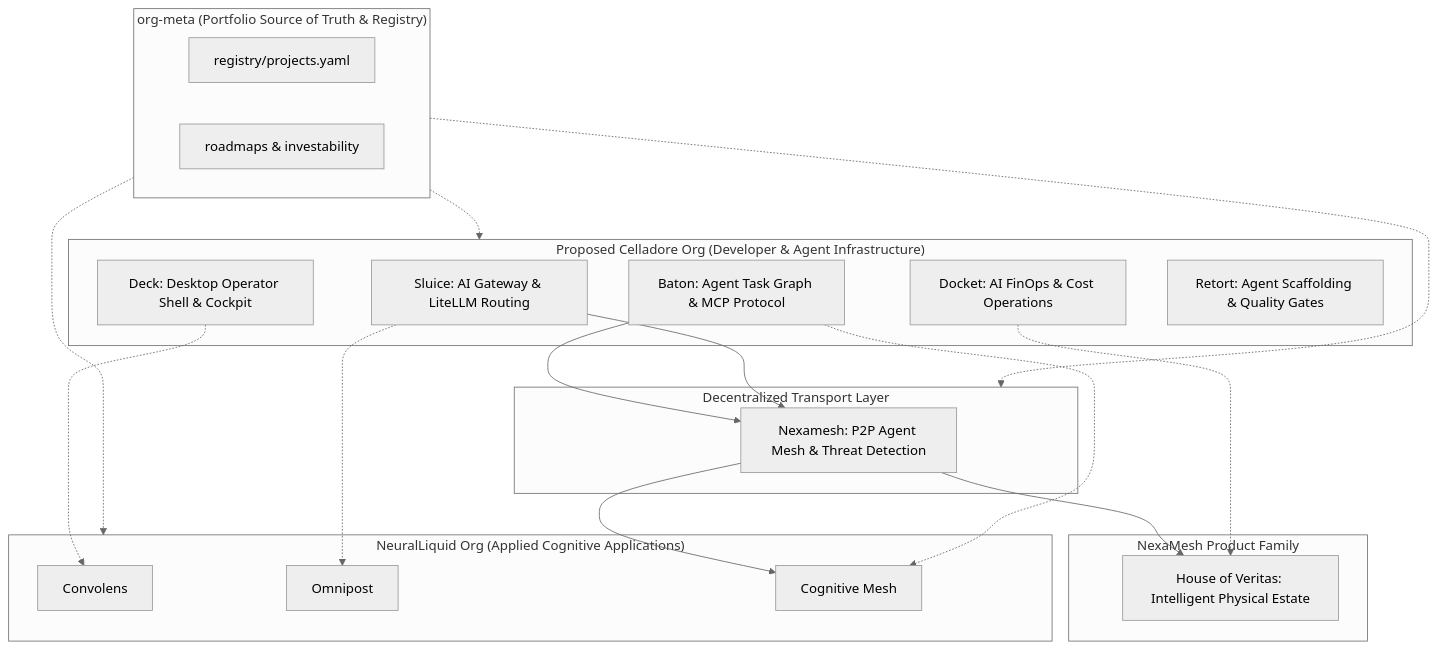
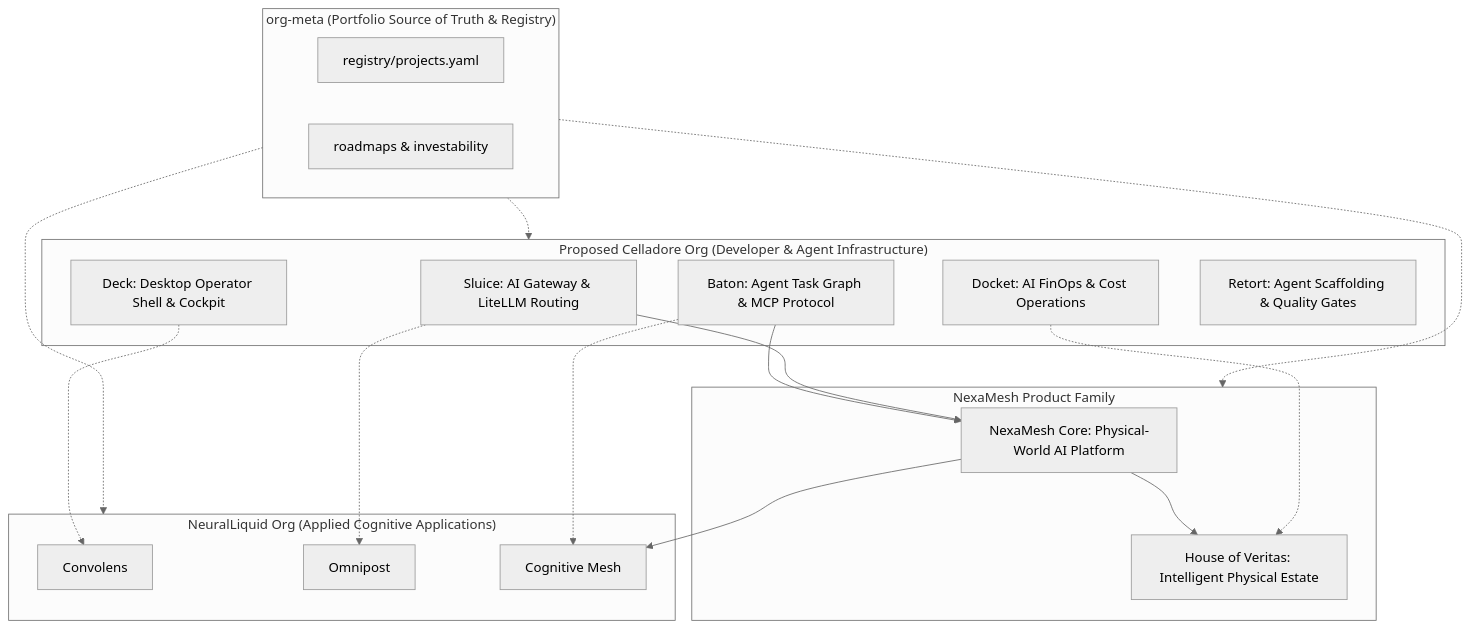
One commit to neuralliquid/neuralliquid-org changed the diagram in docs/adr/0003-celladore-org-split-exploration.md. Above: the diagram before and after it, drawn with Mermaid (neutral theme). The commit also changed other lines of this file and 7 other files, not shown here.

````diff
--- a/docs/adr/0003-celladore-org-split-exploration.md
+++ b/docs/adr/0003-celladore-org-split-exploration.md
@@ -58,43 +60,39 @@
 ```mermaid
 graph TD
     subgraph OrgMeta ["org-meta (Portfolio Source of Truth & Registry)"]
         REG[registry/projects.yaml]
         ROAD[roadmaps & investability]
     end
 
     subgraph Celladore ["Proposed Celladore Org (Developer & Agent Infrastructure)"]
         SL[Sluice: AI Gateway & LiteLLM Routing]
         DK[Docket: AI FinOps & Cost Operations]
         BT[Baton: Agent Task Graph & MCP Protocol]
         DC[Deck: Desktop Operator Shell & Cockpit]
         RT[Retort: Agent Scaffolding & Quality Gates]
     end
 
-    subgraph Transport ["Decentralized Transport Layer"]
-        NM[Nexamesh: P2P Agent Mesh & Threat Detection]
-    end
-
     subgraph NeuralLiquid ["NeuralLiquid Org (Applied Cognitive Applications)"]
         CV[Convolens]
         OP[Omnipost]
         CM[Cognitive Mesh]
     end
 
     subgraph NexaMeshProducts ["NexaMesh Product Family"]
+        NM[NexaMesh Core: Physical-World AI Platform]
         HV[House of Veritas: Intelligent Physical Estate]
+        NM --> HV
     end
 
     OrgMeta -.-> Celladore
     OrgMeta -.-> NeuralLiquid
-    OrgMeta -.-> Transport
-
-    NM --> HV
+    OrgMeta -.-> NexaMeshProducts
 
     BT --> NM
     SL --> NM
     NM --> CM
     BT -.-> CM
     DK -.-> HV
     SL -.-> OP
     DC -.-> CV
 ```
````
